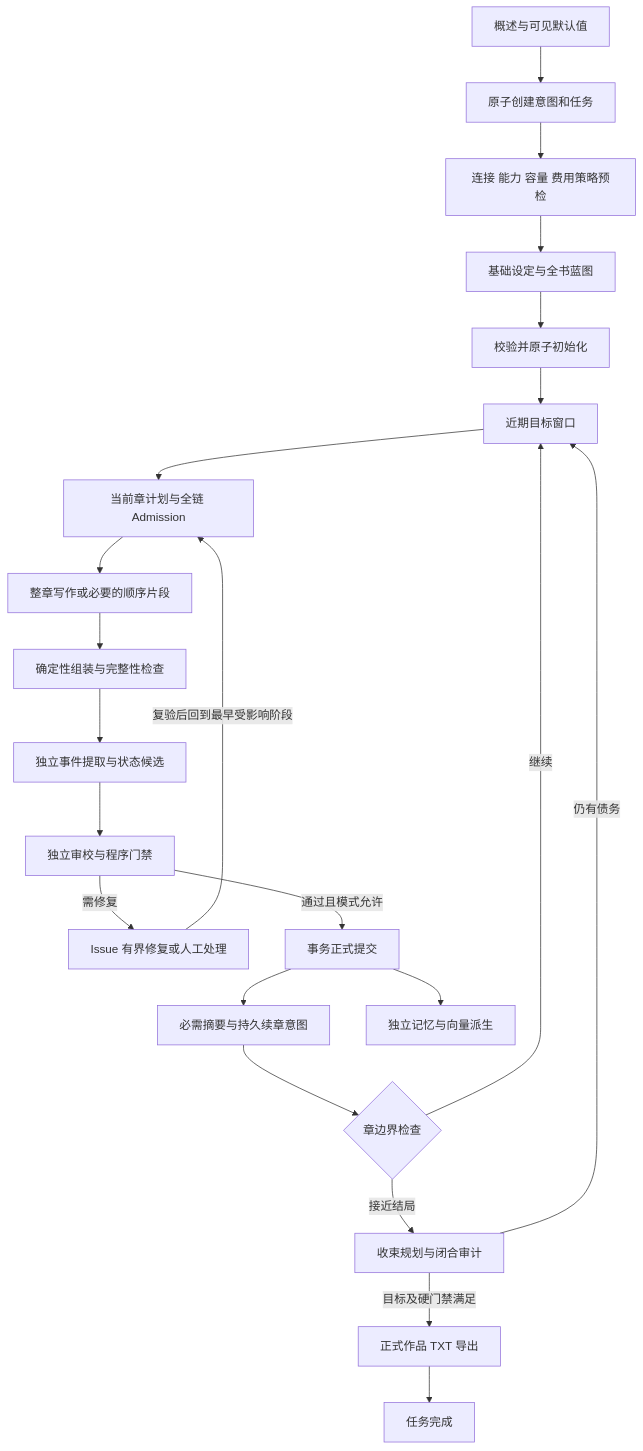
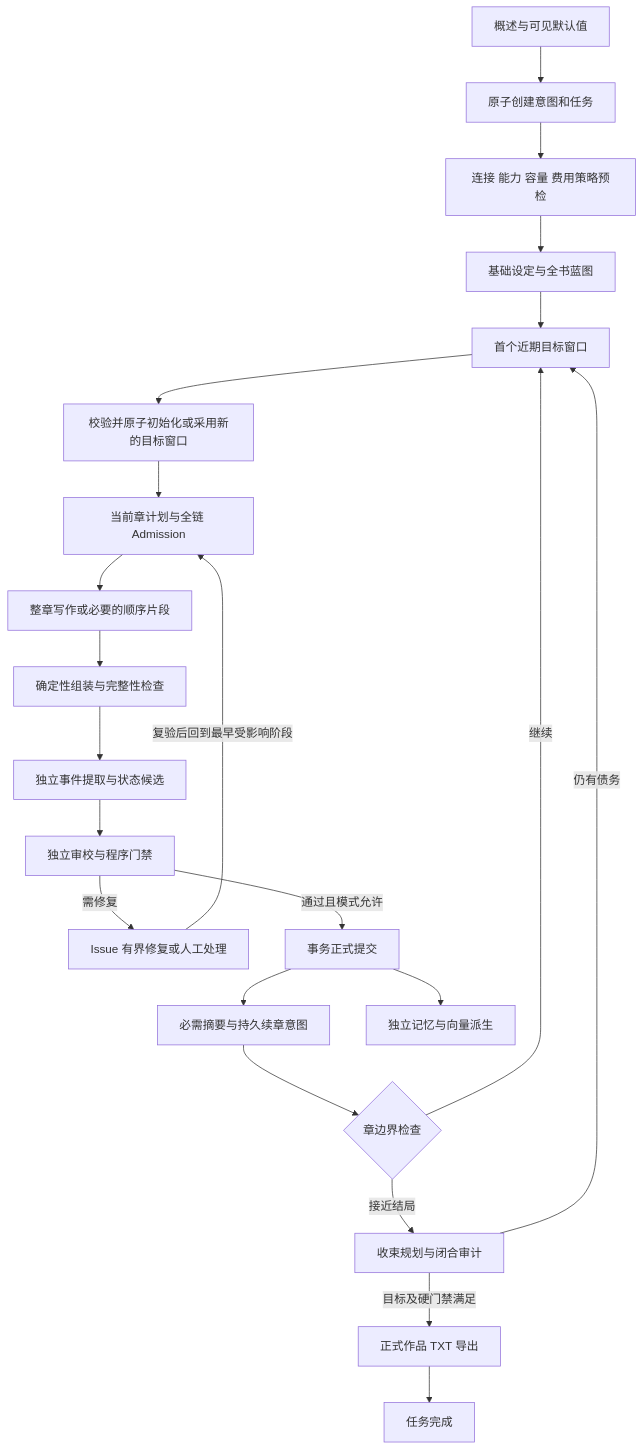
Before and after one commit to echo-666999/x_novel: the diagram in docs/architecture/generation-workflow.md, drawn with Mermaid. The commit also changed other lines of this file and 48 other files, not shown here.

````diff
--- a/docs/architecture/generation-workflow.md
+++ b/docs/architecture/generation-workflow.md
@@ -17,24 +17,24 @@
 ```mermaid
 flowchart TD
     A[概述与可见默认值] --> B[原子创建意图和任务]
     B --> C[连接 能力 容量 费用策略预检]
     C --> D[基础设定与全书蓝图]
-    D --> E[校验并原子初始化]
-    E --> F[近期目标窗口]
-    F --> G[当前章计划与全链 Admission]
+    D --> F[首个近期目标窗口]
+    F --> E[校验并原子初始化或采用新的目标窗口]
+    E --> G[当前章计划与全链 Admission]
     G --> H[整章写作或必要的顺序片段]
     H --> I[确定性组装与完整性检查]
     I --> J[独立事件提取与状态候选]
     J --> K[独立审校与程序门禁]
     K -->|需修复| R[Issue 有界修复或人工处理]
     R -->|复验后回到最早受影响阶段| G
     K -->|通过且模式允许| L[事务正式提交]
     L --> M[必需摘要与持久续章意图]
     L --> N[独立记忆与向量派生]
     M --> O{章边界检查}
     O -->|继续| F
     O -->|接近结局| P[收束规划与闭合审计]
     P -->|仍有债务| F
     P -->|目标及硬门禁满足| Q[正式作品 TXT 导出]
     Q --> Z[任务完成]
 ```
````
